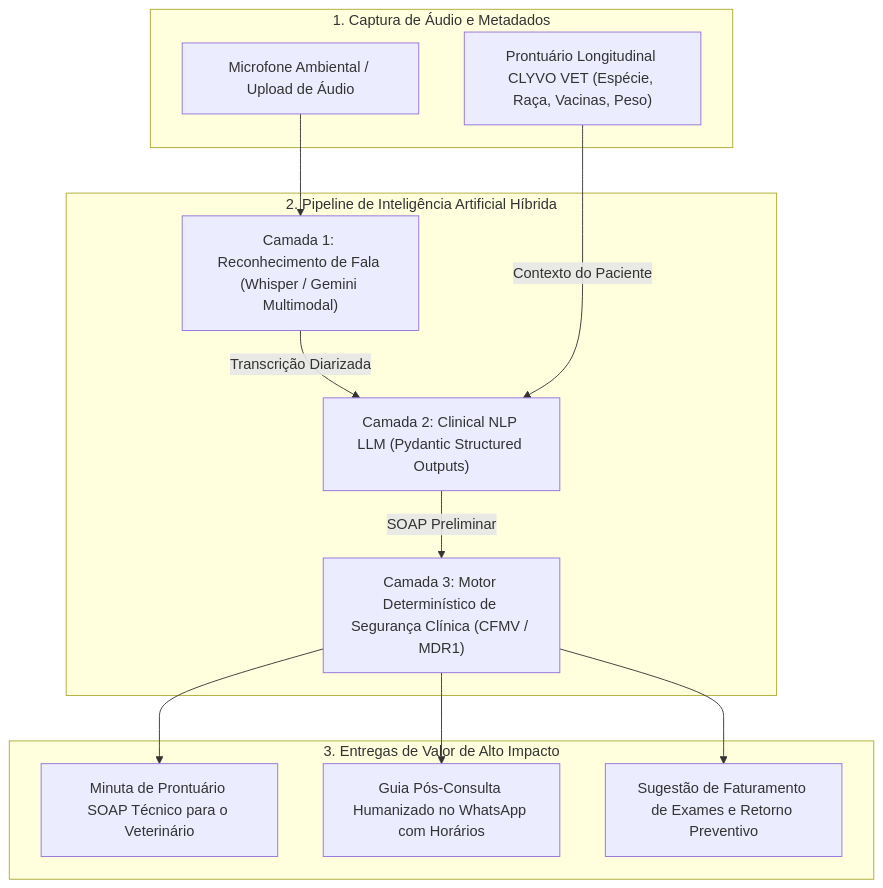
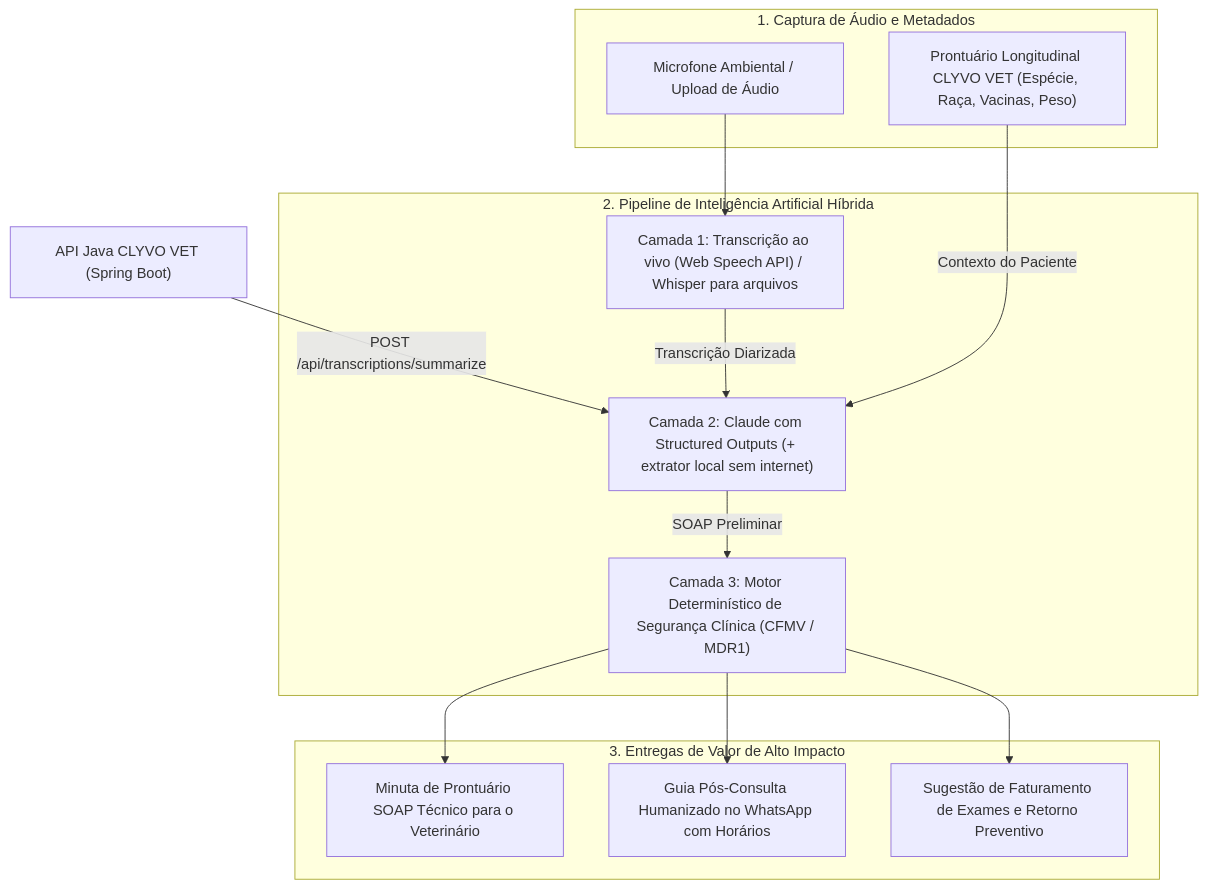
One commit to MCGI-PW/IoT-Clyvo-Vet_M changed the diagram in README.md. Above: the diagram before and after it, drawn with Mermaid. The commit also changed other lines of this file and 20 other files, not shown here.

First line of the commit message:
feat(ia): transcrição ao vivo e resumo clínico reais no ClyvoScribe

````diff
--- a/README.md
+++ b/README.md
@@ -37,27 +37,28 @@
 ```mermaid
 graph TB
     subgraph Entrada ["1. Captura de Áudio e Metadados"]
         MIC["Microfone Ambiental / Upload de Áudio"]
         EHR["Prontuário Longitudinal CLYVO VET (Espécie, Raça, Vacinas, Peso)"]
     end
 
     subgraph Pipeline_IA ["2. Pipeline de Inteligência Artificial Híbrida"]
-        ASR["Camada 1: Reconhecimento de Fala (Whisper / Gemini Multimodal)"]
-        NLP["Camada 2: Clinical NLP LLM (Pydantic Structured Outputs)"]
+        ASR["Camada 1: Transcrição ao vivo (Web Speech API) / Whisper para arquivos"]
+        NLP["Camada 2: Claude com Structured Outputs (+ extrator local sem internet)"]
         SAFETY["Camada 3: Motor Determinístico de Segurança Clínica (CFMV / MDR1)"]
     end
 
     subgraph Saidas ["3. Entregas de Valor de Alto Impacto"]
         SOAP["Minuta de Prontuário SOAP Técnico para o Veterinário"]
         TUTOR["Guia Pós-Consulta Humanizado no WhatsApp com Horários"]
         CLINIC["Sugestão de Faturamento de Exames e Retorno Preventivo"]
     end
 
+    JAVA["API Java CLYVO VET (Spring Boot)"] -->|POST /api/transcriptions/summarize| NLP
     MIC --> ASR
     ASR -->|Transcrição Diarizada| NLP
     EHR -->|Contexto do Paciente| NLP
     NLP -->|SOAP Preliminar| SAFETY
     SAFETY --> SOAP
     SAFETY --> TUTOR
     SAFETY --> CLINIC
 ```
````
